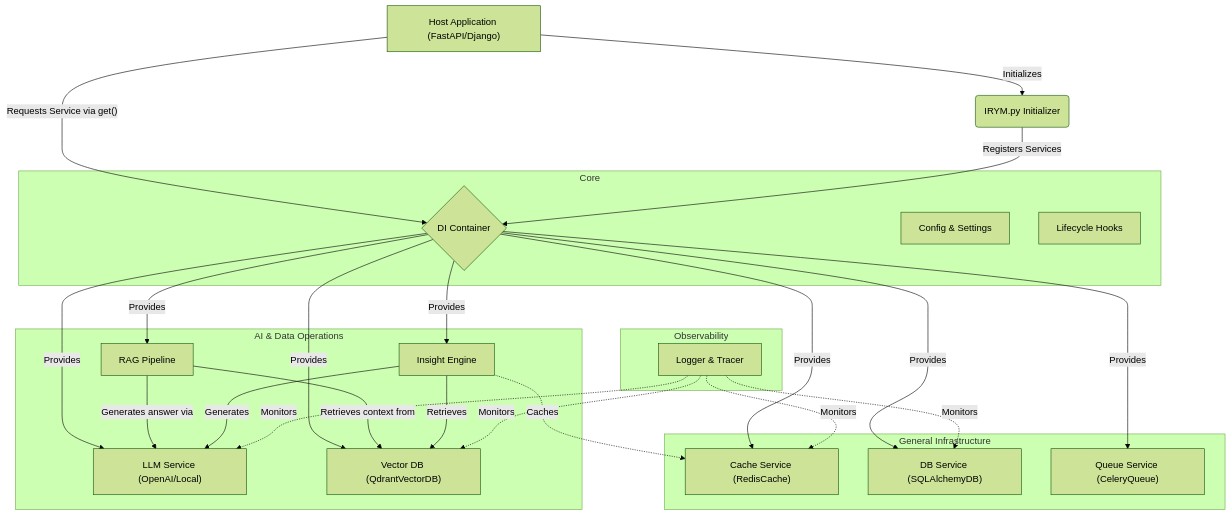
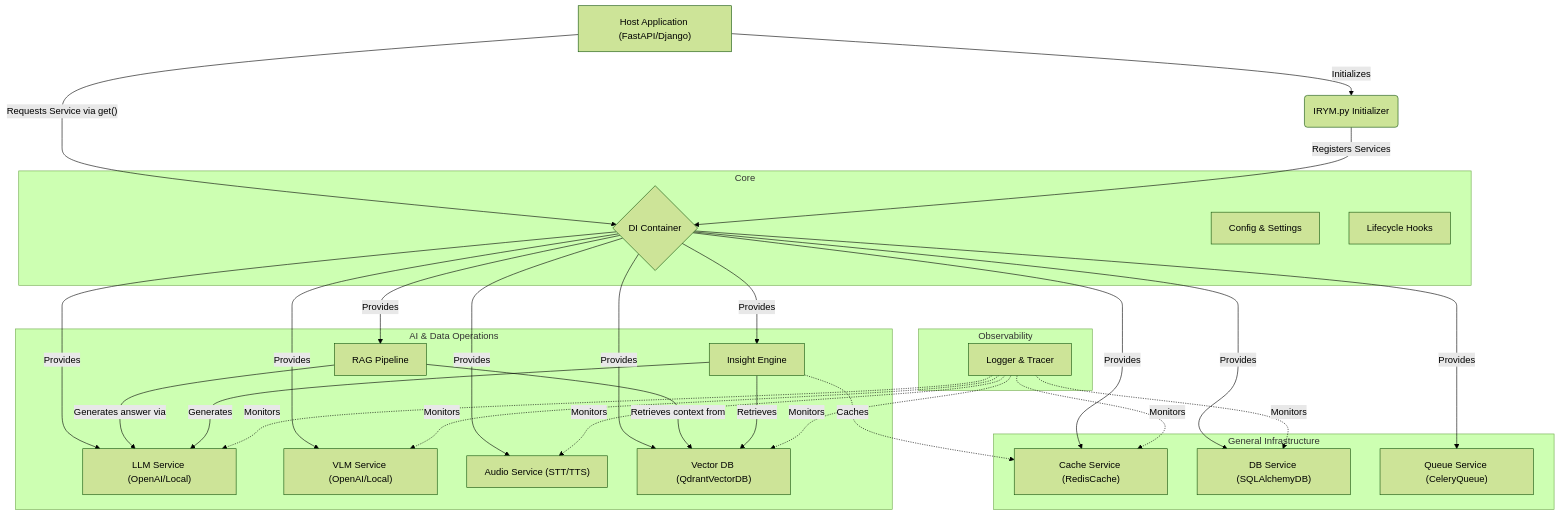
Before and after one commit to blackeagle686/IRYM_sdk: the diagram in README.md, drawn with Mermaid (forest theme). The commit also changed 16 other files, not shown here.

````diff
--- a/README.md
+++ b/README.md
@@ -11,39 +11,43 @@
 ```mermaid
 graph TD
     APP["Host Application (FastAPI/Django)"] -->|"Initializes"| INIT("IRYM.py Initializer")
     APP -->|"Requests Service via get()"| DI{"DI Container"}
     INIT -->|"Registers Services"| DI
     
     subgraph Core
         DI
         CONF["Config & Settings"]
         LFC["Lifecycle Hooks"]
     end
     
     subgraph General Infrastructure
         DI -->|"Provides"| CACHE["Cache Service (RedisCache)"]
         DI -->|"Provides"| DB["DB Service (SQLAlchemyDB)"]
         DI -->|"Provides"| QUEUE["Queue Service (CeleryQueue)"]
     end
     
     subgraph AI & Data Operations
         DI -->|"Provides"| LLM["LLM Service (OpenAI/Local)"]
+        DI -->|"Provides"| VLM["VLM Service (OpenAI/Local)"]
+        DI -->|"Provides"| AUDIO["Audio Service (STT/TTS)"]
         DI -->|"Provides"| VDB["Vector DB (QdrantVectorDB)"]
         DI -->|"Provides"| RAG["RAG Pipeline"]
         DI -->|"Provides"| INSIGHT["Insight Engine"]
         
         RAG -->|"Retrieves context from"| VDB
         RAG -->|"Generates answer via"| LLM
         
         INSIGHT -->|"Retrieves"| VDB
         INSIGHT -->|"Generates"| LLM
         INSIGHT -.->|"Caches"| CACHE
     end
     
     subgraph Observability
         OBS["Logger & Tracer"] -.->|"Monitors"| CACHE
         OBS -.->|"Monitors"| DB
         OBS -.->|"Monitors"| LLM
+        OBS -.->|"Monitors"| VLM
+        OBS -.->|"Monitors"| AUDIO
         OBS -.->|"Monitors"| VDB
     end
 ```
````
